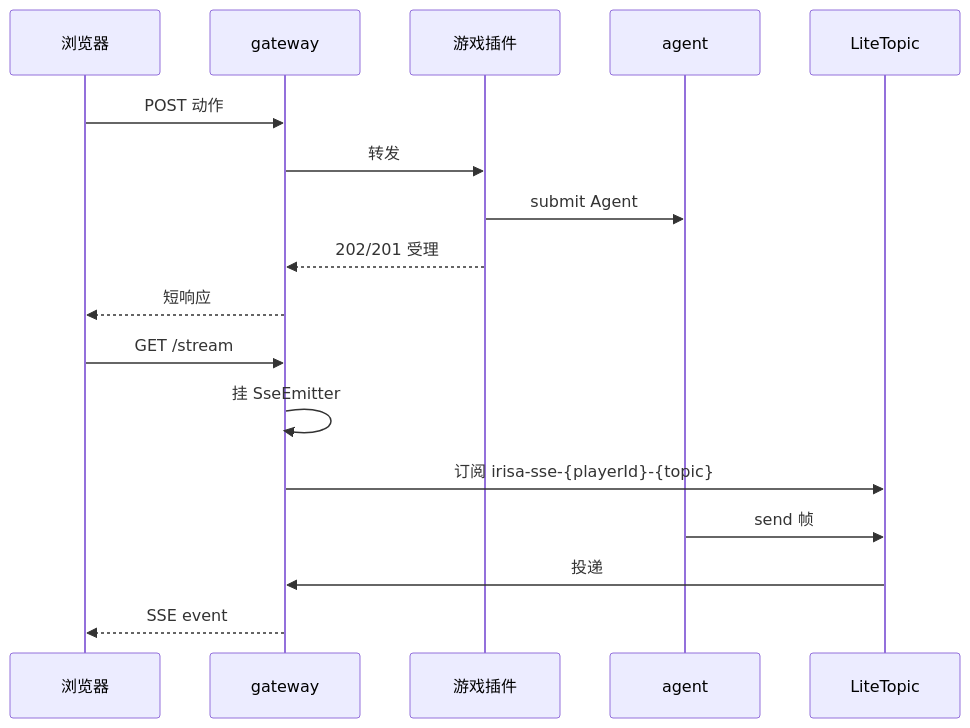
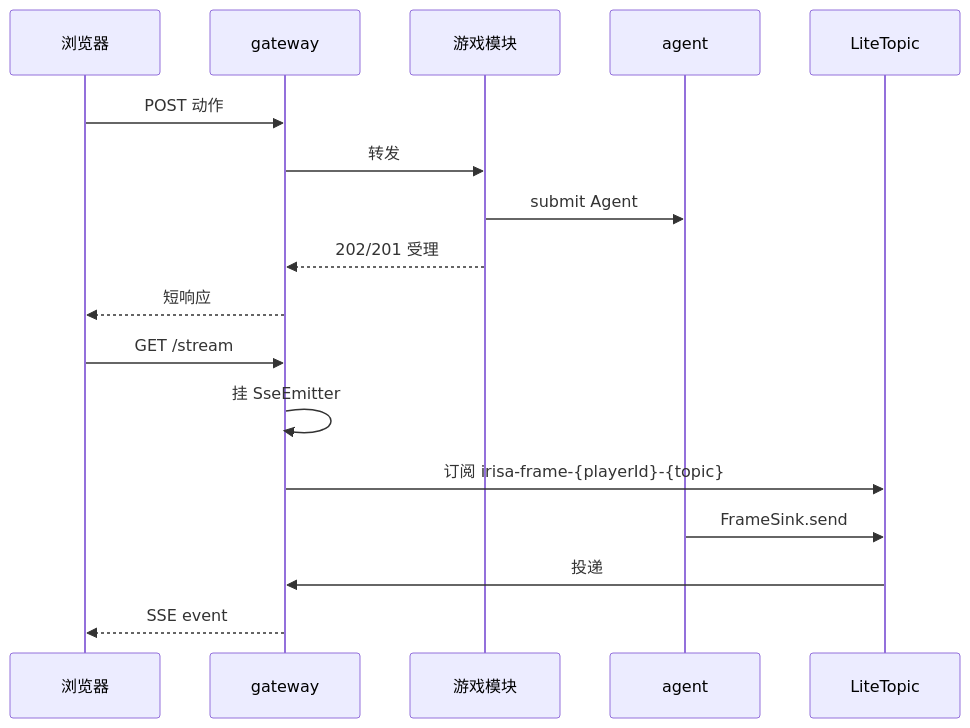
Before and after one commit to Irisa-sys/Irisa: the diagram in docs/platform/diagrams/04-sse.mmd, drawn with Mermaid. The commit also changed 88 other files, not shown here.

```diff
--- a/docs/platform/diagrams/04-sse.mmd
+++ b/docs/platform/diagrams/04-sse.mmd
@@ -1,18 +1,18 @@
 sequenceDiagram
     participant B as 浏览器
     participant GW as gateway
-    participant P as 游戏插件
+    participant P as 游戏模块
     participant AG as agent
     participant L as LiteTopic
 
     B->>GW: POST 动作
     GW->>P: 转发
     P->>AG: submit Agent
     P-->>GW: 202/201 受理
     GW-->>B: 短响应
     B->>GW: GET /stream
     GW->>GW: 挂 SseEmitter
-    GW->>L: 订阅 irisa-sse-{playerId}-{topic}
-    AG->>L: send 帧
+    GW->>L: 订阅 irisa-frame-{playerId}-{topic}
+    AG->>L: FrameSink.send
     L->>GW: 投递
     GW-->>B: SSE event
```
